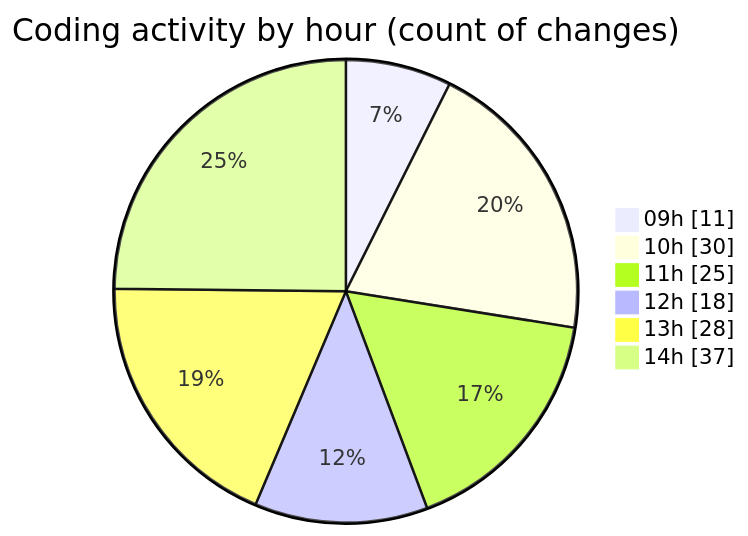
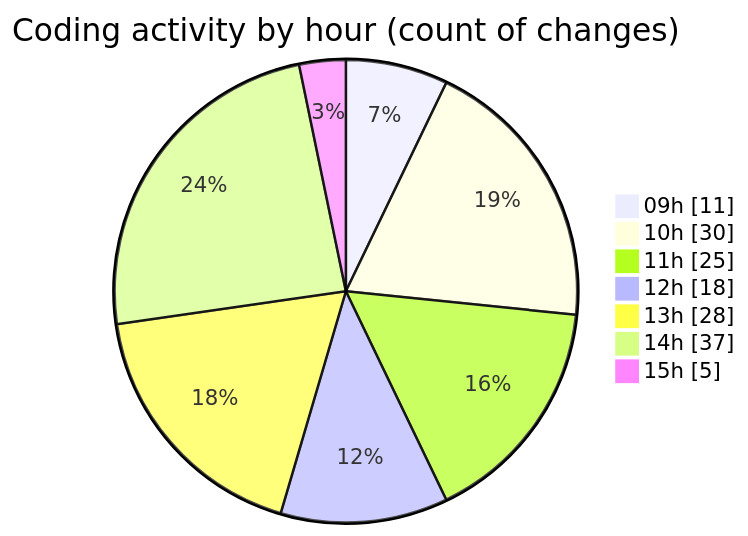
The second of 2 diagrams in 2025-06-24/cda/README.md (momahboobian/code-tracking), drawn with Mermaid before and after one commit. The commit also changed other lines of this file and 1 other file, not shown here.

````diff
--- a/2025-06-24/cda/README.md
+++ b/2025-06-24/cda/README.md
@@ -32,10 +32,11 @@
 ```mermaid
 pie showData
 title Coding activity by hour (count of changes)
 "09h" : 11
 "10h" : 30
 "11h" : 25
 "12h" : 18
 "13h" : 28
 "14h" : 37
+"15h" : 5
 ```
````
